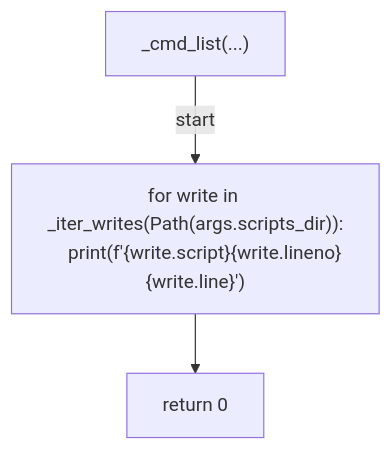
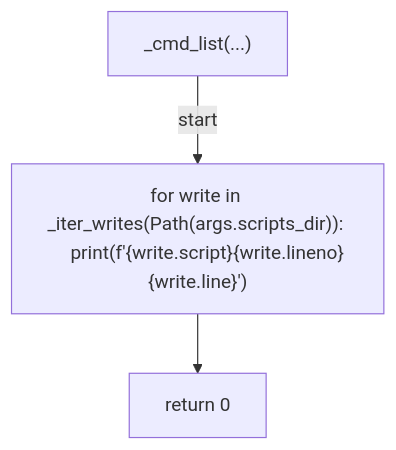
Before and after one commit to tvna/claude-md: the fifth of 6 diagrams in docs/generated/scripts/ast/scan_session_path_drift.md, drawn with Mermaid. The commit also changed other lines of this file and 23 other files, not shown here.

First line of the commit message:
docs(generated): regenerate decision tree and workflow diagrams (batch 4/5)

````diff
--- a/docs/generated/scripts/ast/scan_session_path_drift.md
+++ b/docs/generated/scripts/ast/scan_session_path_drift.md
@@ -73,9 +68,8 @@
 ```mermaid
 flowchart TD
     N001["_cmd_list(...)"]
-    N002["for write in _iter_writes(Path(args.scripts_dir)):
-    print(f'<str>{write.script}<str>{write.lineno}<str>{write.line}')"]
+    N002["for write in _iter_writes(Path(args.scripts_dir)):     print(f'<str>{write.script}<str>{write.lineno}<str>{write.line}')"]
     N003["return 0"]
     N001 -->|"start"| N002
     N002 --> N003
 ```
````
